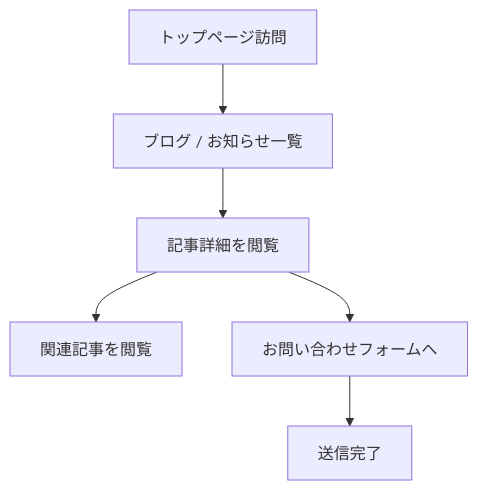
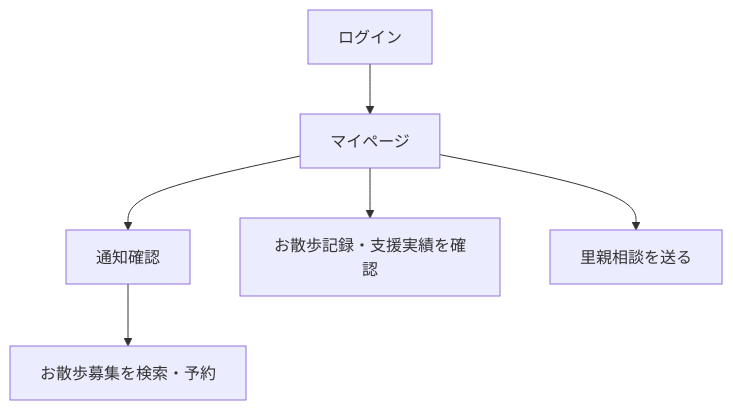
The second of 4 diagrams in docs/2-product/04-ui-ux-design.md (team-natural/walk-pet-kampo), drawn with Mermaid before and after one commit. The commit also changed other lines of this file and 24 other files, not shown here.

````diff
--- a/docs/2-product/04-ui-ux-design.md
+++ b/docs/2-product/04-ui-ux-design.md
@@ -76,8 +77,8 @@
 ```mermaid
 flowchart TD
-    A[トップページ訪問] --> B[ブログ / お知らせ一覧]
-    B --> C[記事詳細を閲覧]
-    C --> D[関連記事を閲覧]
-    C --> E[お問い合わせフォームへ]
-    E --> F[送信完了]
+    A[ログイン] --> B[マイページ]
+    B --> C[通知確認]
+    C --> D[お散歩募集を検索・予約]
+    B --> E[お散歩記録・支援実績を確認]
+    B --> F[里親相談を送る]
 ```
````
